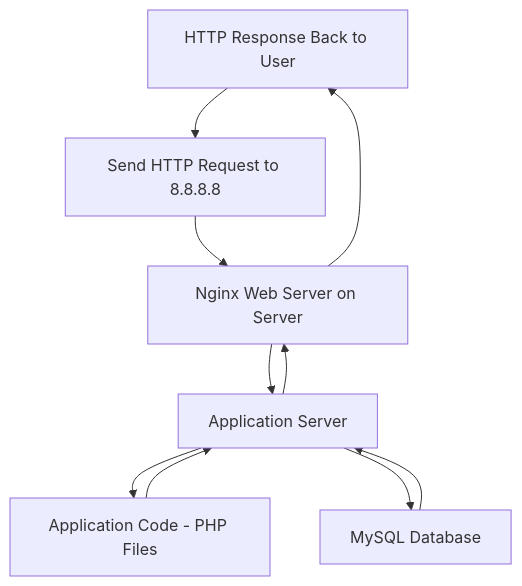
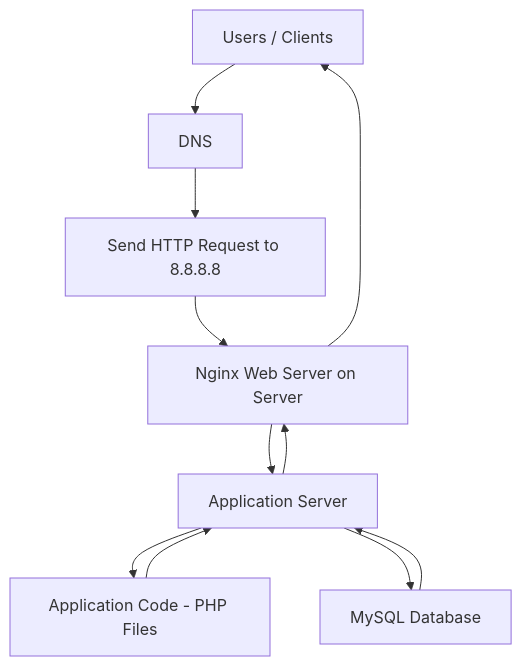
The diagram in task_0/0-simple_web_stack.mmd (THO-Gaetan/holbertonschool-system_engineering-devops), drawn with Mermaid before and after one commit. The commit also changed 7 other files, not shown here.

Commit message:
advancing on mermaid task 1

```diff
--- a/task_0/0-simple_web_stack.mmd
+++ b/task_0/0-simple_web_stack.mmd
@@ -1,11 +1,12 @@
 ---
 config:
   layout: dagre
 ---
 flowchart TD
-    A["HTTP Response Back to User"] --> D["Send HTTP Request to 8.8.8.8"]
+    A[Users / Clients] --> B[DNS]
+    B[DNS] --> D["Send HTTP Request to 8.8.8.8"]
     D --> E["Nginx Web Server on Server"]
     E --> F["Application Server"] & A
     F --> G["Application Code - PHP Files"] & H["MySQL Database"] & E
     H --> F
     G --> F
```
